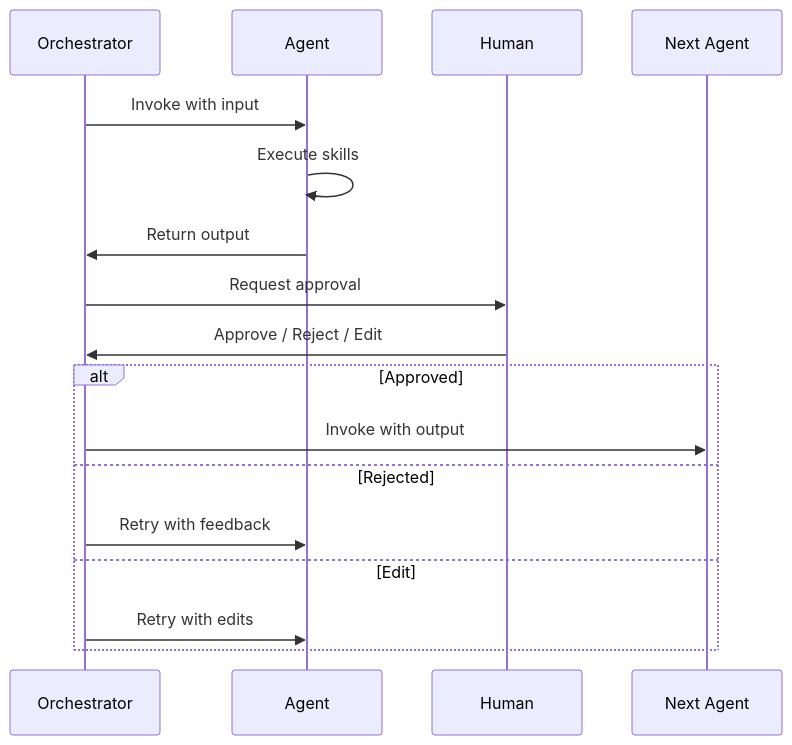
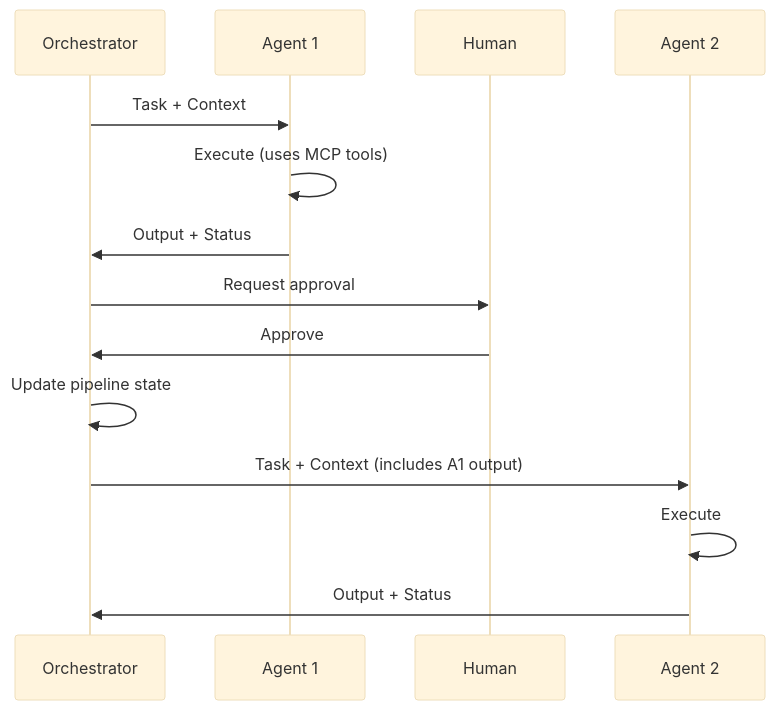
The fourth of 4 diagrams in Agent_Architecture.md (athrael-soju/framework-generator), drawn with Mermaid before and after one commit. The commit also changed other lines of this file and 1 other file, not shown here.

Commit message:
Refactor Examples.md to align research focus with client contract; enhance clarity on AI architectures and retrieval models. Update hypotheses, data collection methods, and deliverables for improved documentation and developer experience strategy.

````diff
--- a/Agent_Architecture.md
+++ b/Agent_Architecture.md
@@ -466,19 +385,25 @@
 ```mermaid
+---
+config:
+  layout: dagre
+  look: handDrawn
+  theme: base
+  themeVariables:
+    lineColor: gray
+---
 sequenceDiagram
     participant O as Orchestrator
-    participant A as Agent
+    participant A1 as Agent 1
     participant H as Human
+    participant A2 as Agent 2
     
-    O->>A: Invoke with input
-    A->>A: Execute skills
-    A->>O: Return output
+    O->>A1: Task + Context
+    A1->>A1: Execute (uses MCP tools)
+    A1->>O: Output + Status
     O->>H: Request approval
-    H->>O: Approve / Reject / Edit
-    alt Approved
-        O->>Next Agent: Invoke with output
-    else Rejected
-        O->>A: Retry with feedback
-    else Edit
-        O->>A: Retry with edits
-    end
+    H->>O: Approve
+    O->>O: Update pipeline state
+    O->>A2: Task + Context (includes A1 output)
+    A2->>A2: Execute
+    A2->>O: Output + Status
 ```
````
